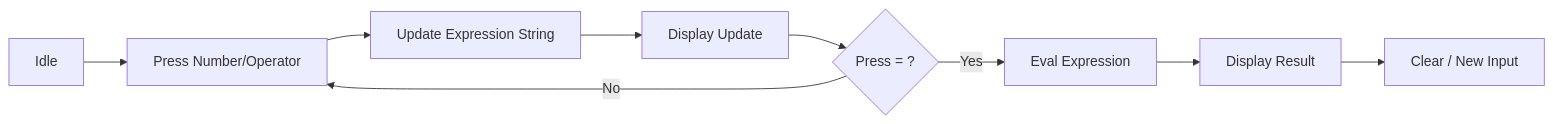
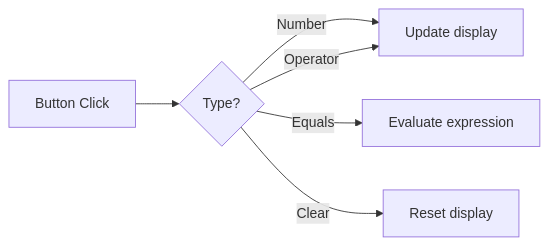
Before and after one commit to J-Moessmer/Python_excercises_BITLC: the diagram in 26-02-27/README.md, drawn with Mermaid. The commit also changed other lines of this file and 28 other files, not shown here.

````diff
--- a/26-02-27/README.md
+++ b/26-02-27/README.md
@@ -22,11 +32,8 @@
 ```mermaid
 graph LR
-    A[Idle] --> B[Press Number/Operator]
-    B --> C[Update Expression String]
-    C --> D[Display Update]
-    D --> E{Press = ?}
-    E -- Yes --> F[Eval Expression]
-    F --> G[Display Result]
-    E -- No --> B
-    G --> H[Clear / New Input]
+    A[Button Click] --> B{Type?}
+    B -- Number --> C[Update display]
+    B -- Operator --> C
+    B -- Equals --> D[Evaluate expression]
+    B -- Clear --> E[Reset display]
 ```
````
